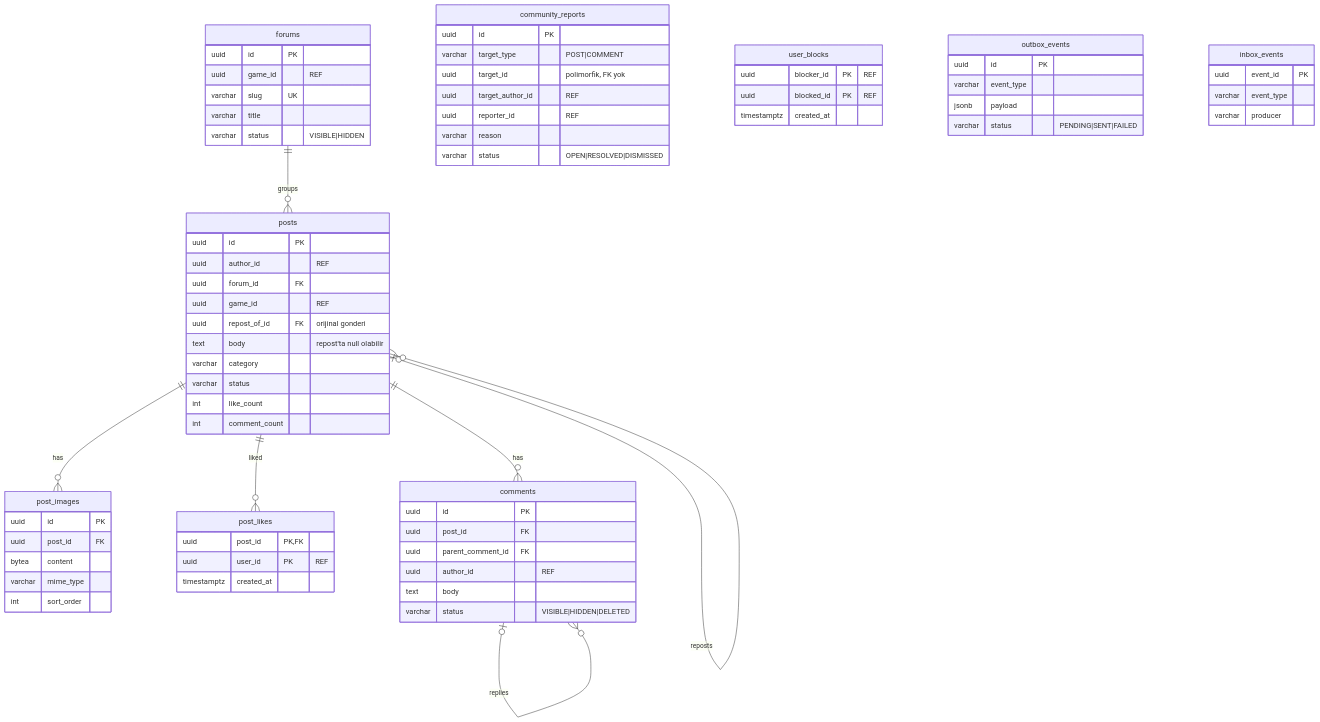
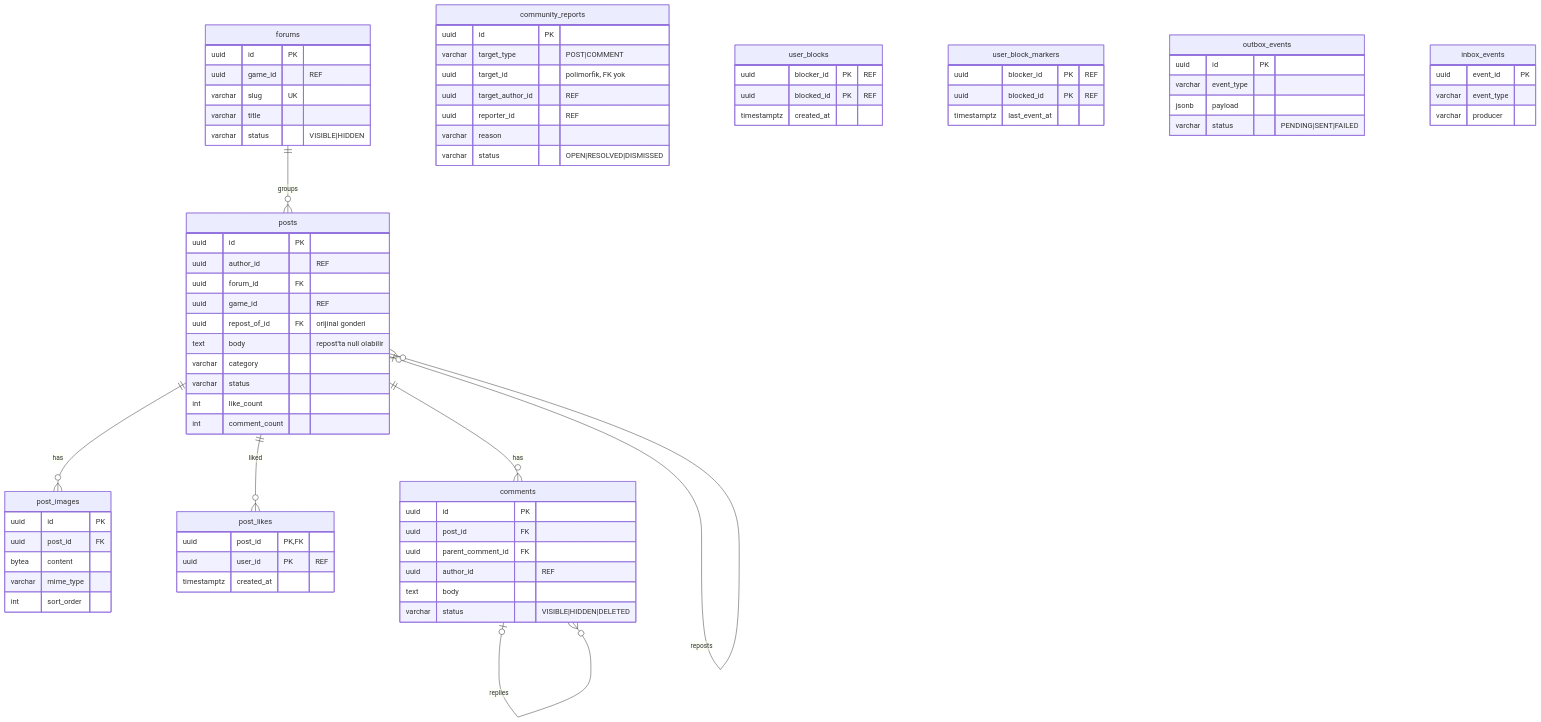
Before and after one commit to alperrte/lobbytwozero: diagram 16 of 31 in docs/er-diagram.md, drawn with Mermaid. The commit also changed 14 other files, not shown here.

````diff
--- a/docs/er-diagram.md
+++ b/docs/er-diagram.md
@@ -790,74 +790,79 @@
 ```mermaid
 erDiagram
   forums ||--o{ posts : groups
   posts ||--o{ post_images : has
   posts ||--o{ post_likes : liked
   posts ||--o{ comments : has
   comments |o--o{ comments : replies
   posts |o--o{ posts : reposts
 
   forums {
     uuid id PK
     uuid game_id "REF"
     varchar slug UK
     varchar title
     varchar status "VISIBLE|HIDDEN"
   }
   posts {
     uuid id PK
     uuid author_id "REF"
     uuid forum_id FK
     uuid game_id "REF"
     uuid repost_of_id FK "orijinal gonderi"
     text body "repost'ta null olabilir"
     varchar category
     varchar status
     int like_count
     int comment_count
   }
   post_images {
     uuid id PK
     uuid post_id FK
     bytea content
     varchar mime_type
     int sort_order
   }
   post_likes {
     uuid post_id PK,FK
     uuid user_id PK "REF"
     timestamptz created_at
   }
   comments {
     uuid id PK
     uuid post_id FK
     uuid parent_comment_id FK
     uuid author_id "REF"
     text body
     varchar status "VISIBLE|HIDDEN|DELETED"
   }
   community_reports {
     uuid id PK
     varchar target_type "POST|COMMENT"
     uuid target_id "polimorfik, FK yok"
     uuid target_author_id "REF"
     uuid reporter_id "REF"
     varchar reason
     varchar status "OPEN|RESOLVED|DISMISSED"
   }
   user_blocks {
     uuid blocker_id PK "REF"
     uuid blocked_id PK "REF"
     timestamptz created_at
   }
+  user_block_markers {
+    uuid blocker_id PK "REF"
+    uuid blocked_id PK "REF"
+    timestamptz last_event_at
+  }
   outbox_events {
     uuid id PK
     varchar event_type
     jsonb payload
     varchar status "PENDING|SENT|FAILED"
   }
   inbox_events {
     uuid event_id PK
     varchar event_type
     varchar producer
   }
 ```
````
